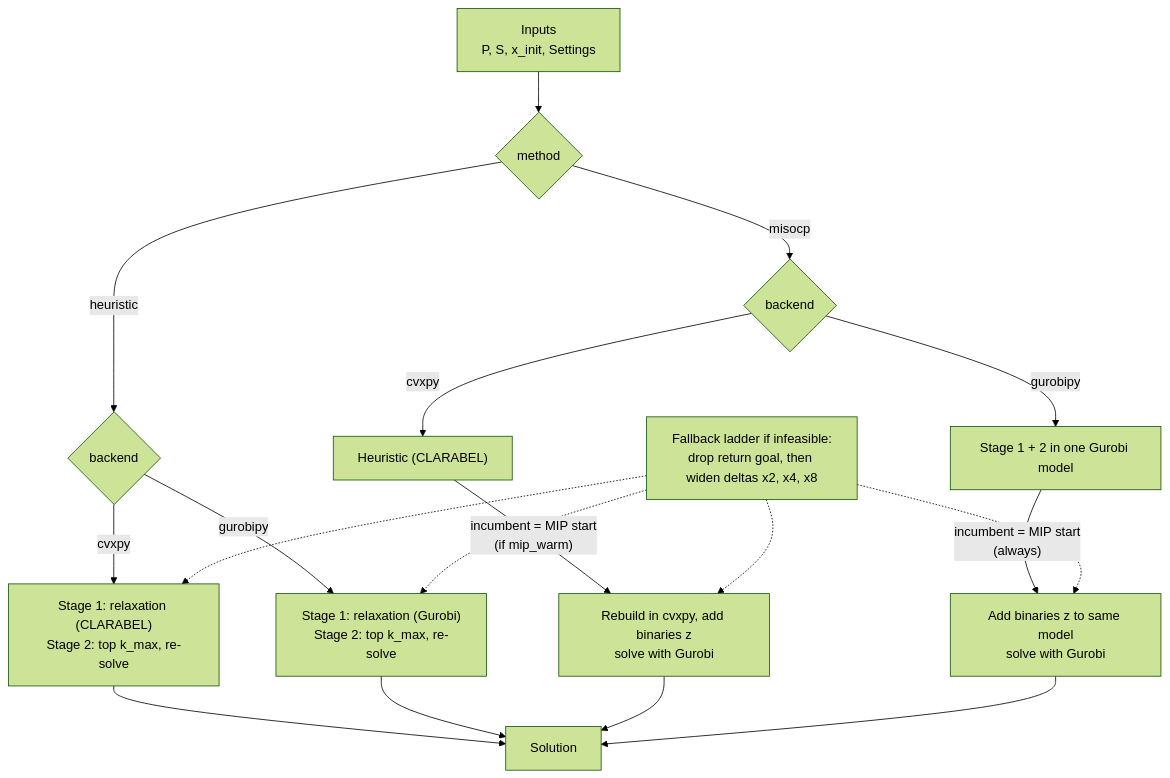
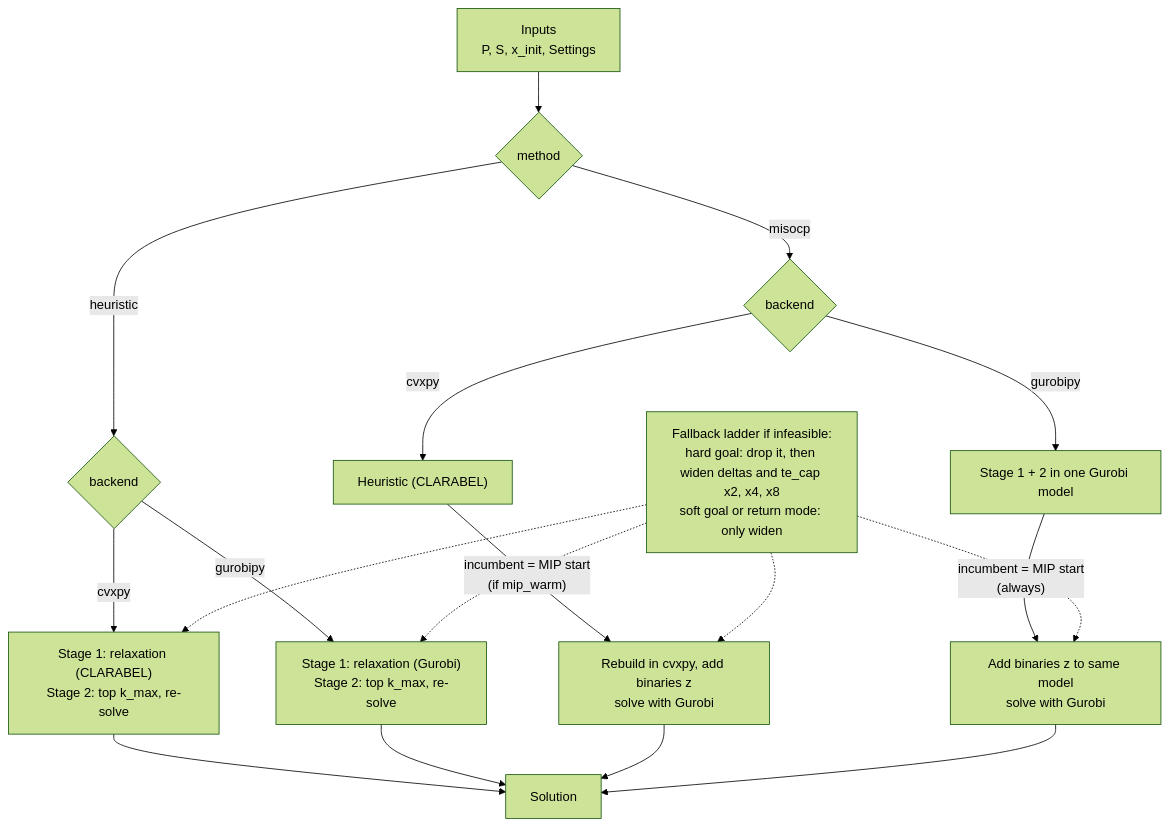
Before and after one commit to s-ychen/Capstone: the second of 2 diagrams in src/optimize/pathways.md, drawn with Mermaid (forest theme). The commit also changed other lines of this file and 3 other files, not shown here.

First line of the commit message:
feat: add return mode, te cap and soft return goal

````diff
--- a/src/optimize/pathways.md
+++ b/src/optimize/pathways.md
@@ -5,26 +63,26 @@
 ```mermaid
 flowchart TD
     IN["Inputs<br/>P, S, x_init, Settings"] --> M{method}
 
     M -->|heuristic| B1{backend}
     M -->|misocp| B2{backend}
 
     B1 -->|cvxpy| H1["Stage 1: relaxation (CLARABEL)<br/>Stage 2: top k_max, re-solve"]
     B1 -->|gurobipy| H2["Stage 1: relaxation (Gurobi)<br/>Stage 2: top k_max, re-solve"]
 
     B2 -->|cvxpy| C1["Heuristic (CLARABEL)"]
     B2 -->|gurobipy| G1["Stage 1 + 2 in one Gurobi model"]
 
     C1 -->|"incumbent = MIP start<br/>(if mip_warm)"| C2["Rebuild in cvxpy, add binaries z<br/>solve with Gurobi"]
     G1 -->|"incumbent = MIP start<br/>(always)"| G2["Add binaries z to same model<br/>solve with Gurobi"]
 
     H1 --> OUT[Solution]
     H2 --> OUT
     C2 --> OUT
     G2 --> OUT
 
-    FB["Fallback ladder if infeasible:<br/>drop return goal, then widen deltas x2, x4, x8"] -.-> H1
+    FB["Fallback ladder if infeasible:<br/>hard goal: drop it, then widen deltas and te_cap x2, x4, x8<br/>soft goal or return mode: only widen"] -.-> H1
     FB -.-> H2
     FB -.-> C2
     FB -.-> G2
 ```
````
